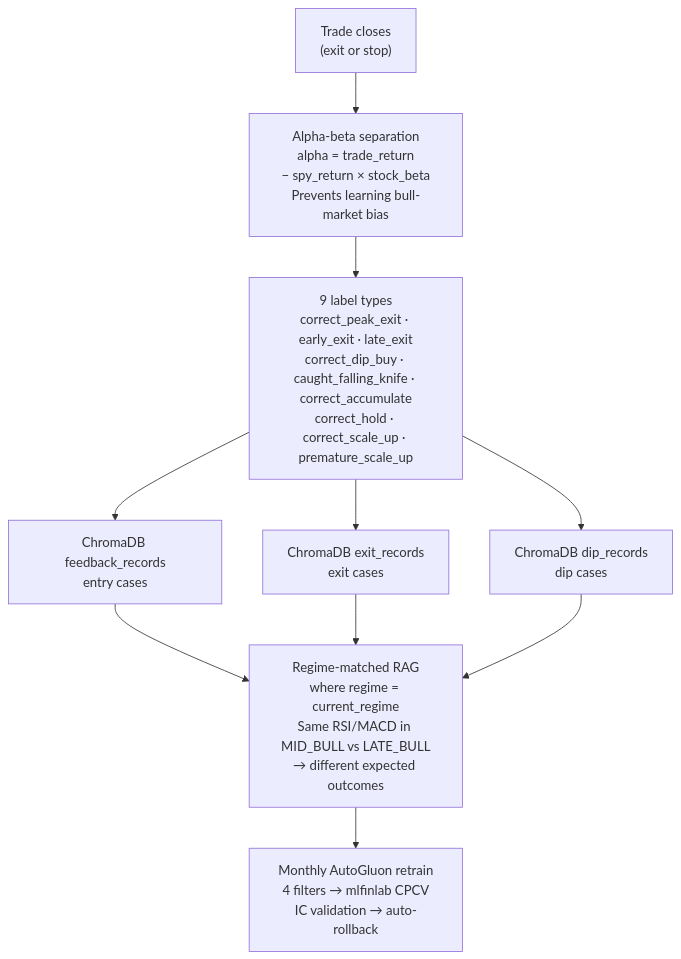
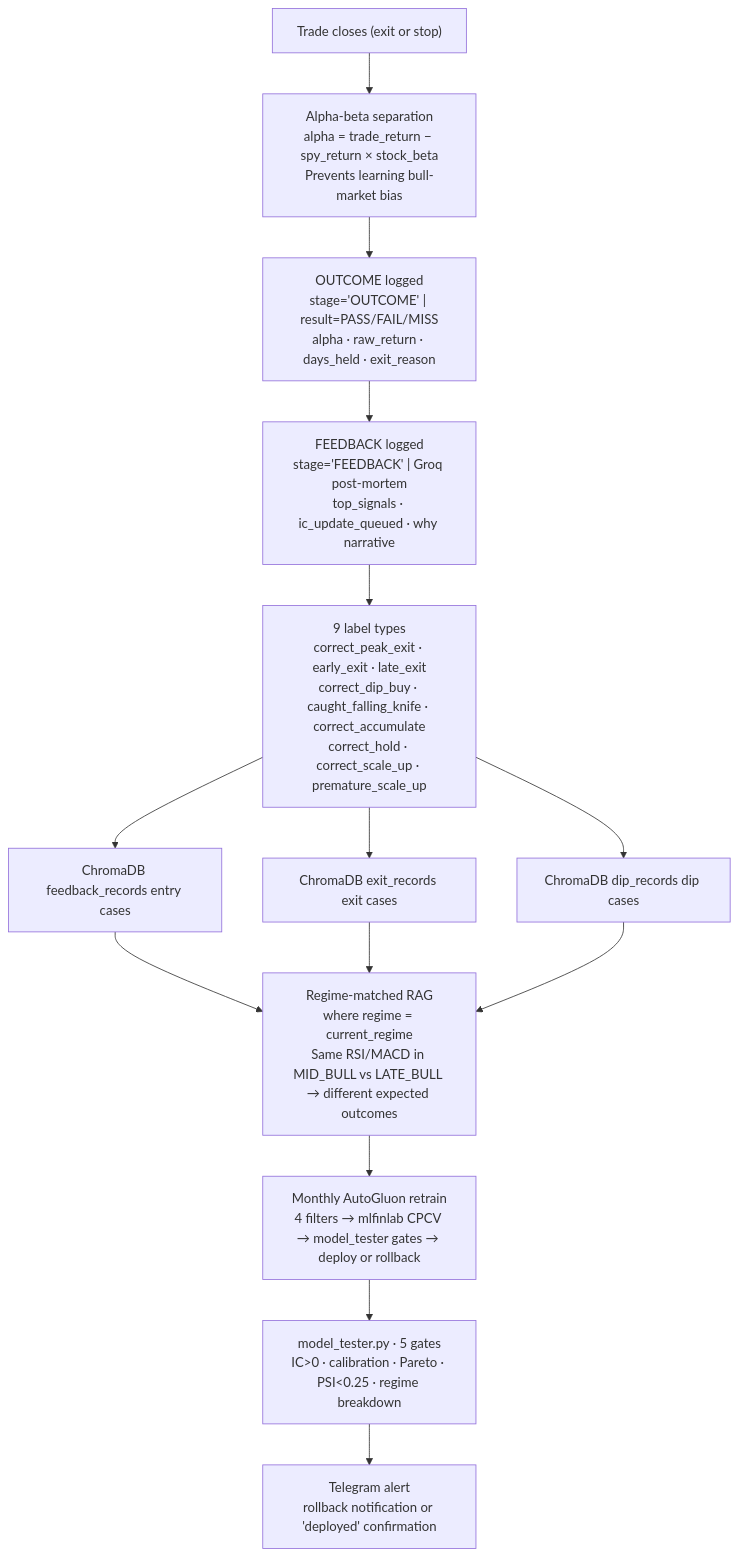
The diagram in docs/feedback_loop.md (bangalore-killua/trading-system-v2), drawn with Mermaid before and after one commit. The commit also changed other lines of this file and 23 other files, not shown here.

````diff
--- a/docs/feedback_loop.md
+++ b/docs/feedback_loop.md
@@ -7,15 +7,19 @@
 ```mermaid
 flowchart TD
-    T["Trade closes\n(exit or stop)"]
-    AB["Alpha-beta separation\nalpha = trade_return\n− spy_return × stock_beta\nPrevents learning bull-market bias"]
+    T["Trade closes (exit or stop)"]
+    AB["Alpha-beta separation\nalpha = trade_return − spy_return × stock_beta\nPrevents learning bull-market bias"]
+    OL["OUTCOME logged\nstage='OUTCOME' | result=PASS/FAIL/MISS\nalpha · raw_return · days_held · exit_reason"]
+    FL["FEEDBACK logged\nstage='FEEDBACK' | Groq post-mortem\ntop_signals · ic_update_queued · why narrative"]
     L9["9 label types\ncorrect_peak_exit · early_exit · late_exit\ncorrect_dip_buy · caught_falling_knife · correct_accumulate\ncorrect_hold · correct_scale_up · premature_scale_up"]
-    DB1["ChromaDB feedback_records\nentry cases"]
-    DB2["ChromaDB exit_records\nexit cases"]
-    DB3["ChromaDB dip_records\ndip cases"]
-    RAG["Regime-matched RAG\nwhere regime = current_regime\nSame RSI/MACD in MID_BULL vs LATE_BULL\n→ different expected outcomes"]
-    RETRAIN["Monthly AutoGluon retrain\n4 filters → mlfinlab CPCV\nIC validation → auto-rollback"]
+    DB1["ChromaDB feedback_records entry cases"]
+    DB2["ChromaDB exit_records exit cases"]
+    DB3["ChromaDB dip_records dip cases"]
+    RAG["Regime-matched RAG\nwhere regime = current_regime\nSame RSI/MACD in MID_BULL vs LATE_BULL → different expected outcomes"]
+    MT["model_tester.py · 5 gates\nIC>0 · calibration · Pareto · PSI<0.25 · regime breakdown"]
+    RETRAIN["Monthly AutoGluon retrain\n4 filters → mlfinlab CPCV → model_tester gates → deploy or rollback"]
+    TG["Telegram alert\nrollback notification or 'deployed' confirmation"]
 
-    T --> AB --> L9
+    T --> AB --> OL --> FL --> L9
     L9 --> DB1 & DB2 & DB3
-    DB1 & DB2 & DB3 --> RAG --> RETRAIN
+    DB1 & DB2 & DB3 --> RAG --> RETRAIN --> MT --> TG
 ```
````
